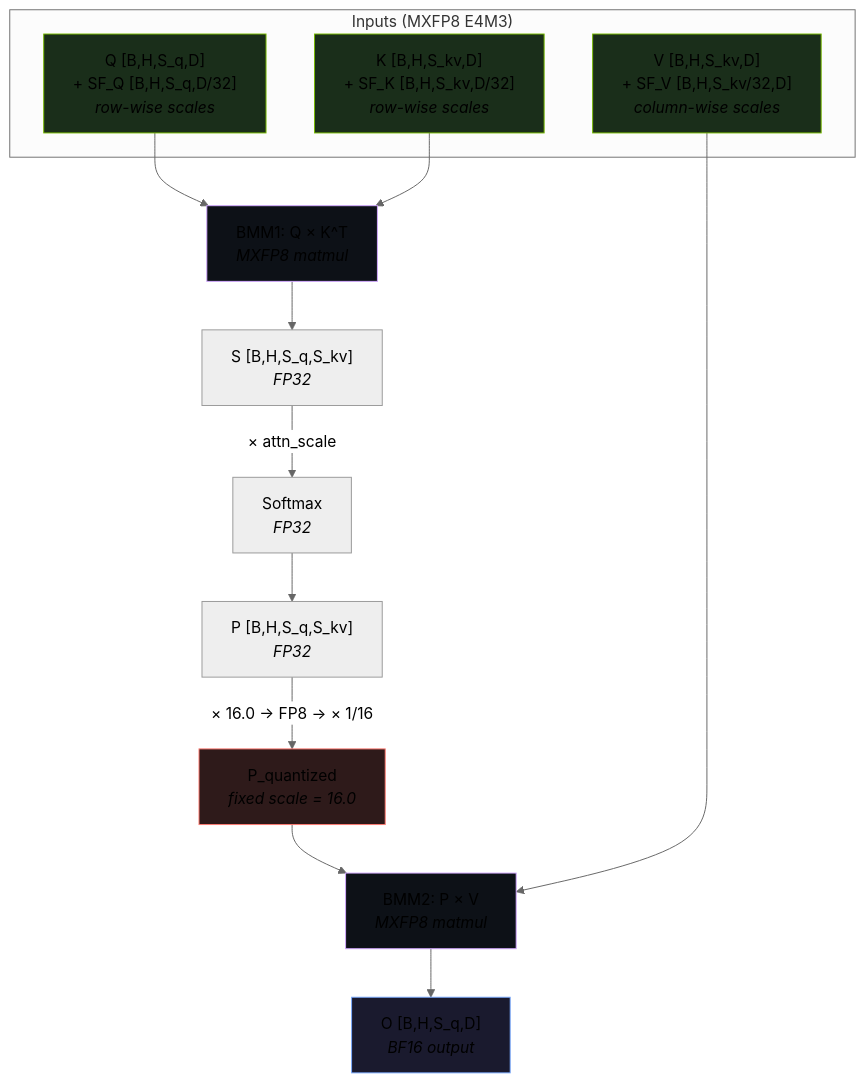
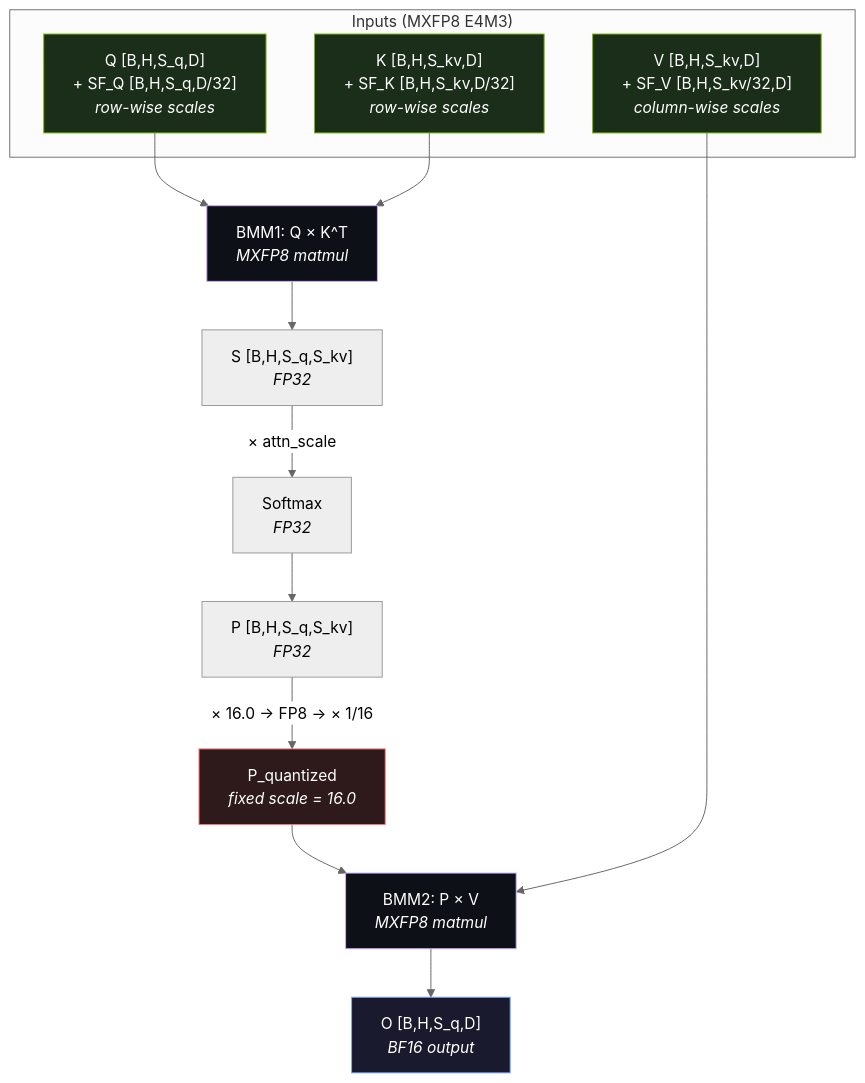
Before and after one commit to NVIDIA/cudnn-frontend: the first of 2 diagrams in _posts/2026-04-20-mxfp8-attention-scaling.md, drawn with Mermaid (neutral theme). The commit also changed other lines of this file, not shown here.

Commit message:
Fix Mermaid diagram text colors for light mode compatibility
Add explicit color:#fff to all custom-styled Mermaid nodes so text
remains readable when rendered in light mode environments.

````diff
--- a/_posts/2026-04-20-mxfp8-attention-scaling.md
+++ b/_posts/2026-04-20-mxfp8-attention-scaling.md
@@ -49,30 +49,30 @@
 ```mermaid
 graph TD
     subgraph "Inputs (MXFP8 E4M3)"
         Q["Q [B,H,S_q,D]<br/>+ SF_Q [B,H,S_q,D/32]<br/><i>row-wise scales</i>"]
         K["K [B,H,S_kv,D]<br/>+ SF_K [B,H,S_kv,D/32]<br/><i>row-wise scales</i>"]
         V["V [B,H,S_kv,D]<br/>+ SF_V [B,H,S_kv/32,D]<br/><i>column-wise scales</i>"]
     end
 
     Q --> BMM1["BMM1: Q × K^T<br/><i>MXFP8 matmul</i>"]
     K --> BMM1
 
     BMM1 --> S["S [B,H,S_q,S_kv]<br/><i>FP32</i>"]
     S --> |"× attn_scale"| SOFT["Softmax<br/><i>FP32</i>"]
     SOFT --> P["P [B,H,S_q,S_kv]<br/><i>FP32</i>"]
 
     P --> |"× 16.0 → FP8 → × 1/16"| PQ["P_quantized<br/><i>fixed scale = 16.0</i>"]
 
     PQ --> BMM2["BMM2: P × V<br/><i>MXFP8 matmul</i>"]
     V --> BMM2
 
     BMM2 --> O["O [B,H,S_q,D]<br/><i>BF16 output</i>"]
 
-    style Q fill:#1a2e1a,stroke:#76b900
-    style K fill:#1a2e1a,stroke:#76b900
-    style V fill:#1a2e1a,stroke:#76b900
-    style PQ fill:#2e1a1a,stroke:#ff7b72
-    style O fill:#1a1a2e,stroke:#79aaff
-    style BMM1 fill:#0d1117,stroke:#d2a8ff
-    style BMM2 fill:#0d1117,stroke:#d2a8ff
+    style Q fill:#1a2e1a,stroke:#76b900,color:#fff
+    style K fill:#1a2e1a,stroke:#76b900,color:#fff
+    style V fill:#1a2e1a,stroke:#76b900,color:#fff
+    style PQ fill:#2e1a1a,stroke:#ff7b72,color:#fff
+    style O fill:#1a1a2e,stroke:#79aaff,color:#fff
+    style BMM1 fill:#0d1117,stroke:#d2a8ff,color:#fff
+    style BMM2 fill:#0d1117,stroke:#d2a8ff,color:#fff
 ```
````
